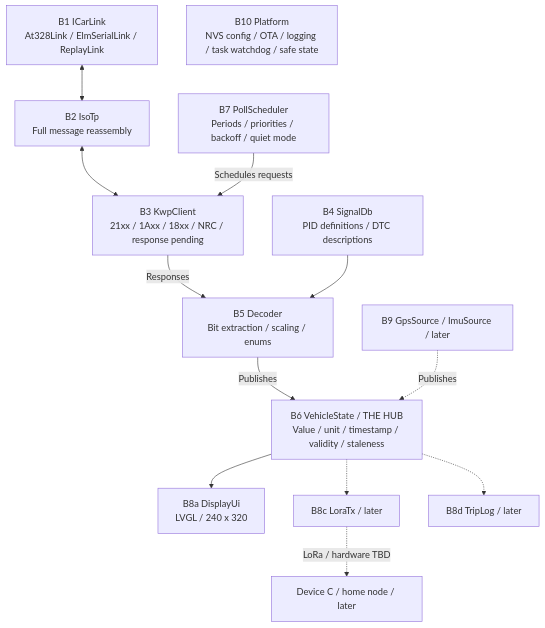
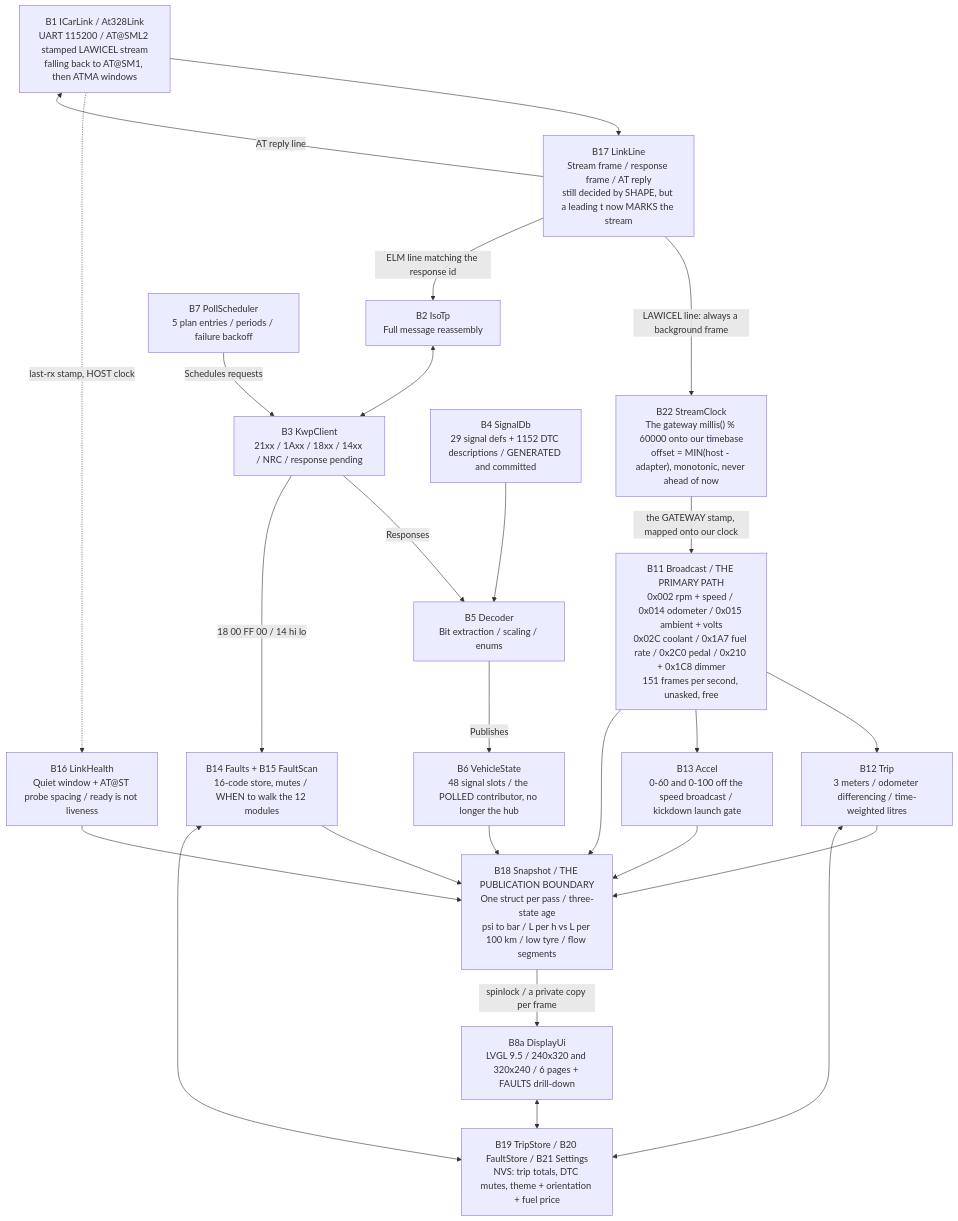
The third of 5 diagrams in ARCHITECTURE.md (latonita/jeep-canbus), drawn with Mermaid before and after one commit. The commit also changed other lines of this file and 80 other files, not shown here.

````diff
--- a/ARCHITECTURE.md
+++ b/ARCHITECTURE.md
@@ -69,28 +83,45 @@
 ```mermaid
 flowchart TB
-    link["B1 ICarLink<br/>At328Link / ElmSerialLink / ReplayLink"]
+    link["B1 ICarLink / At328Link<br/>UART 115200 / AT@SML2 stamped LAWICEL stream<br/>falling back to AT@SM1, then ATMA windows"]
+    lineclass["B17 LinkLine<br/>Stream frame / response frame / AT reply<br/>still decided by SHAPE, but a leading t now MARKS the stream"]
+    sclock["B22 StreamClock<br/>The gateway millis() % 60000 onto our timebase<br/>offset = MIN(host - adapter), monotonic, never ahead of now"]
+    bcast["B11 Broadcast / THE PRIMARY PATH<br/>0x002 rpm + speed / 0x014 odometer / 0x015 ambient + volts<br/>0x02C coolant / 0x1A7 fuel rate / 0x2C0 pedal / 0x210 + 0x1C8 dimmer<br/>151 frames per second, unasked, free"]
     iso["B2 IsoTp<br/>Full message reassembly"]
-    kwp["B3 KwpClient<br/>21xx / 1Axx / 18xx / NRC / response pending"]
-    db["B4 SignalDb<br/>PID definitions / DTC descriptions"]
+    kwp["B3 KwpClient<br/>21xx / 1Axx / 18xx / 14xx / NRC / response pending"]
+    db["B4 SignalDb<br/>29 signal defs + 1152 DTC descriptions / GENERATED and committed"]
     decoder["B5 Decoder<br/>Bit extraction / scaling / enums"]
-    poll["B7 PollScheduler<br/>Periods / priorities / backoff / quiet mode"]
-    state["B6 VehicleState / THE HUB<br/>Value / unit / timestamp / validity / staleness"]
-    sensors["B9 GpsSource / ImuSource / later"]
-    ui["B8a DisplayUi<br/>LVGL / 240 x 320"]
-    lora["B8c LoraTx / later"]
-    log["B8d TripLog / later"]
-    home["Device C / home node / later"]
-    platform["B10 Platform<br/>NVS config / OTA / logging / task watchdog / safe state"]
+    poll["B7 PollScheduler<br/>5 plan entries / periods / failure backoff"]
+    state["B6 VehicleState<br/>48 signal slots / the POLLED contributor, no longer the hub"]
+    trip["B12 Trip<br/>3 meters / odometer differencing / time-weighted litres"]
+    accel["B13 Accel<br/>0-60 and 0-100 off the speed broadcast / kickdown launch gate"]
+    faults["B14 Faults + B15 FaultScan<br/>16-code store, mutes / WHEN to walk the 12 modules"]
+    health["B16 LinkHealth<br/>Quiet window + AT@ST probe spacing / ready is not liveness"]
+    snap["B18 Snapshot / THE PUBLICATION BOUNDARY<br/>One struct per pass / three-state age<br/>psi to bar / L per h vs L per 100 km / low tyre / flow segments"]
+    ui["B8a DisplayUi<br/>LVGL 9.5 / 240x320 and 320x240 / 6 pages + FAULTS drill-down"]
+    nvs["B19 TripStore / B20 FaultStore / B21 Settings<br/>NVS: trip totals, DTC mutes, theme + orientation + fuel price"]
 
-    link <--> iso
+    link --> lineclass
+    lineclass -->|"LAWICEL line: always a background frame"| sclock
+    sclock -->|"the GATEWAY stamp, mapped onto our clock"| bcast
+    lineclass -->|"ELM line matching the response id"| iso
+    lineclass -->|"AT reply line"| link
+    bcast --> trip
+    bcast --> accel
     iso <--> kwp
     poll -->|"Schedules requests"| kwp
     kwp -->|"Responses"| decoder
     db --> decoder
     decoder -->|"Publishes"| state
-    sensors -.->|"Publishes"| state
-    state --> ui
-    state -.-> lora
-    state -.-> log
-    lora -.->|"LoRa / hardware TBD"| home
+    kwp -->|"18 00 FF 00 / 14 hi lo"| faults
+    link -.->|"last-rx stamp, HOST clock"| health
+    bcast --> snap
+    state --> snap
+    trip --> snap
+    accel --> snap
+    faults --> snap
+    health --> snap
+    snap -->|"spinlock / a private copy per frame"| ui
+    trip <--> nvs
+    faults <--> nvs
+    ui <--> nvs
 ```
````
